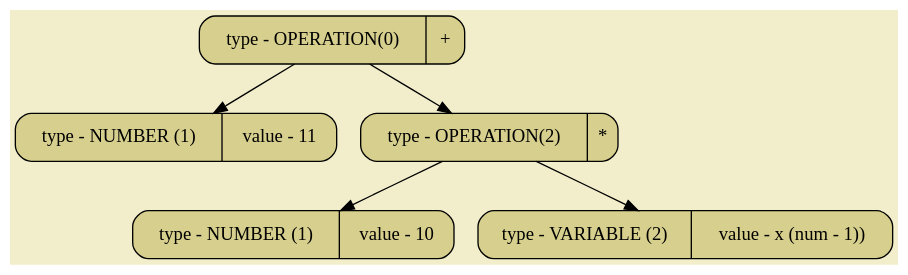
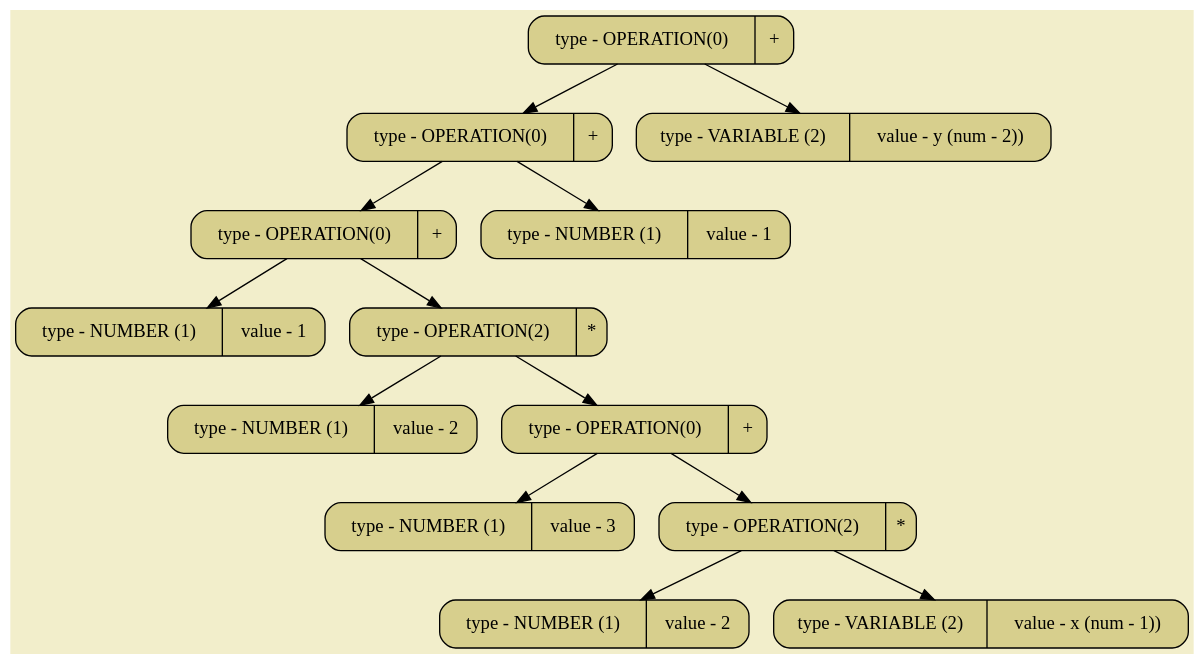
Before and after one commit to SashaKhaytina/Differenciator: the diagram in pictures/image02.dot, drawn with Graphviz. The commit also changed 8 other files, not shown here.

```diff
--- a/pictures/image02.dot
+++ b/pictures/image02.dot
@@ -1,14 +1,30 @@
 digraph
 {
 bgcolor="#F2EECB";
 rankdir = TB;
-POINT_0x587dad99f490[shape=Mrecord, label = "type - OPERATION(0) | +", style="filled",fillcolor="#D7CF8D"]
-POINT_0x587dad99f8c0[shape=Mrecord, label = "type - NUMBER (1) | value - 11", style="filled",fillcolor="#D7CF8D"]
-POINT_0x587dad99f9e0[shape=Mrecord, label = "type - OPERATION(2) | *", style="filled",fillcolor="#D7CF8D"]
-POINT_0x587dad99fa00[shape=Mrecord, label = "type - NUMBER (1) | value - 10", style="filled",fillcolor="#D7CF8D"]
-POINT_0x587dad99fa60[shape=Mrecord, label = "type - VARIABLE (2) | value - x (num - 1))", style="filled",fillcolor="#D7CF8D"]
-POINT_0x587dad99f490 -> POINT_0x587dad99f8c0
-POINT_0x587dad99f490 -> POINT_0x587dad99f9e0
-POINT_0x587dad99f9e0 -> POINT_0x587dad99fa00
-POINT_0x587dad99f9e0 -> POINT_0x587dad99fa60
+POINT_0x5fe5ba3a3650[shape=Mrecord, label = "type - OPERATION(0) | +", style="filled",fillcolor="#D7CF8D"]
+POINT_0x5fe5ba3a3610[shape=Mrecord, label = "type - OPERATION(0) | +", style="filled",fillcolor="#D7CF8D"]
+POINT_0x5fe5ba3a35d0[shape=Mrecord, label = "type - OPERATION(0) | +", style="filled",fillcolor="#D7CF8D"]
+POINT_0x5fe5ba3a3490[shape=Mrecord, label = "type - NUMBER (1) | value - 1", style="filled",fillcolor="#D7CF8D"]
+POINT_0x5fe5ba3a35b0[shape=Mrecord, label = "type - OPERATION(2) | *", style="filled",fillcolor="#D7CF8D"]
+POINT_0x5fe5ba3a34b0[shape=Mrecord, label = "type - NUMBER (1) | value - 2", style="filled",fillcolor="#D7CF8D"]
+POINT_0x5fe5ba3a3590[shape=Mrecord, label = "type - OPERATION(0) | +", style="filled",fillcolor="#D7CF8D"]
+POINT_0x5fe5ba3a34d0[shape=Mrecord, label = "type - NUMBER (1) | value - 3", style="filled",fillcolor="#D7CF8D"]
+POINT_0x5fe5ba3a3570[shape=Mrecord, label = "type - OPERATION(2) | *", style="filled",fillcolor="#D7CF8D"]
+POINT_0x5fe5ba3a3530[shape=Mrecord, label = "type - NUMBER (1) | value - 2", style="filled",fillcolor="#D7CF8D"]
+POINT_0x5fe5ba3a3550[shape=Mrecord, label = "type - VARIABLE (2) | value - x (num - 1))", style="filled",fillcolor="#D7CF8D"]
+POINT_0x5fe5ba3a35f0[shape=Mrecord, label = "type - NUMBER (1) | value - 1", style="filled",fillcolor="#D7CF8D"]
+POINT_0x5fe5ba3a3630[shape=Mrecord, label = "type - VARIABLE (2) | value - y (num - 2))", style="filled",fillcolor="#D7CF8D"]
+POINT_0x5fe5ba3a3650 -> POINT_0x5fe5ba3a3610
+POINT_0x5fe5ba3a3650 -> POINT_0x5fe5ba3a3630
+POINT_0x5fe5ba3a3610 -> POINT_0x5fe5ba3a35d0
+POINT_0x5fe5ba3a3610 -> POINT_0x5fe5ba3a35f0
+POINT_0x5fe5ba3a35d0 -> POINT_0x5fe5ba3a3490
+POINT_0x5fe5ba3a35d0 -> POINT_0x5fe5ba3a35b0
+POINT_0x5fe5ba3a35b0 -> POINT_0x5fe5ba3a34b0
+POINT_0x5fe5ba3a35b0 -> POINT_0x5fe5ba3a3590
+POINT_0x5fe5ba3a3590 -> POINT_0x5fe5ba3a34d0
+POINT_0x5fe5ba3a3590 -> POINT_0x5fe5ba3a3570
+POINT_0x5fe5ba3a3570 -> POINT_0x5fe5ba3a3530
+POINT_0x5fe5ba3a3570 -> POINT_0x5fe5ba3a3550
 }
```
